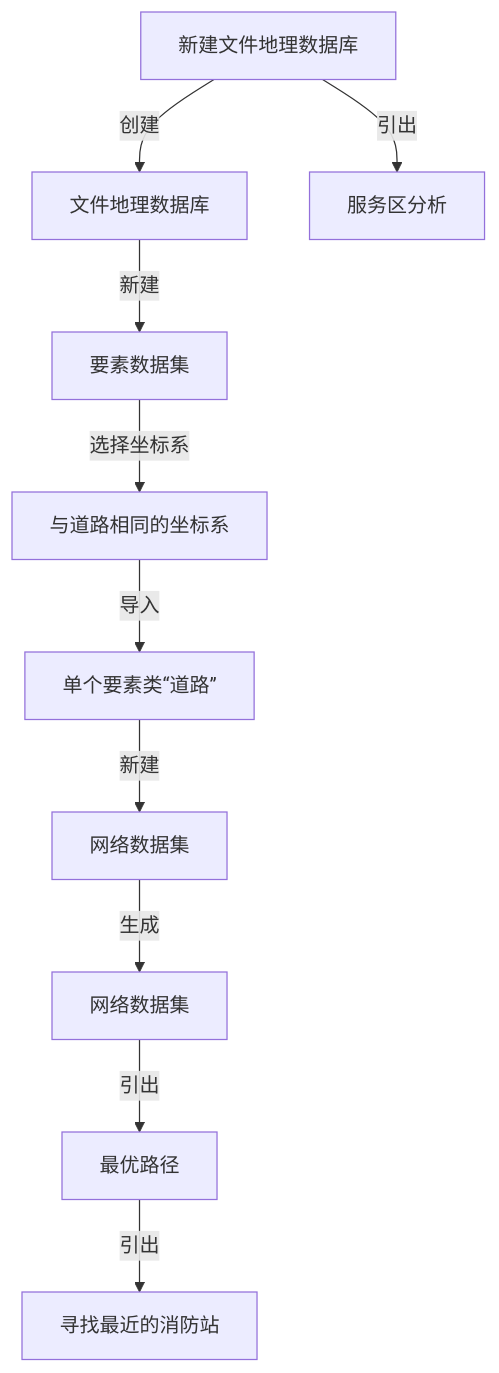
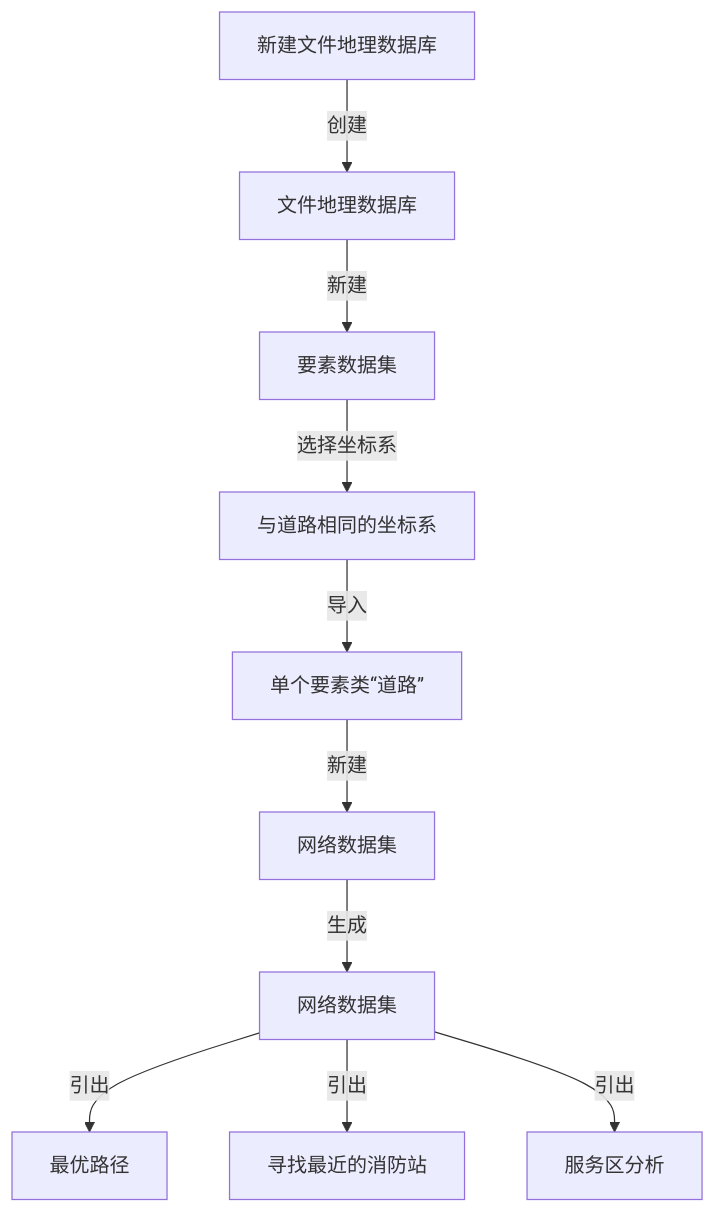
One commit to newguser/iodraw-files changed the diagram in all/未命名.md. Above: the diagram before and after it, drawn with Mermaid.

Commit message:
2025-02-27 21:14:45 update

````diff
--- a/all/未命名.md
+++ b/all/未命名.md
@@ -1,12 +1,12 @@
 ```mermaid
 graph TD
     A[新建文件地理数据库] -->|创建| B[文件地理数据库]
     B -->|新建| C[要素数据集]
     C -->|选择坐标系| D[与道路相同的坐标系]
     D -->|导入| E[单个要素类“道路”]
     E -->|新建| F[网络数据集]
     F -->|生成| G[网络数据集]
     G[网络数据集] -->|引出| H[最优路径]
-     -->|引出| I[寻找最近的消防站]
-    A -->|引出| J[服务区分析]
+    G[网络数据集] -->|引出| I[寻找最近的消防站]
+    G[网络数据集] -->|引出| J[服务区分析]
 ```
````
